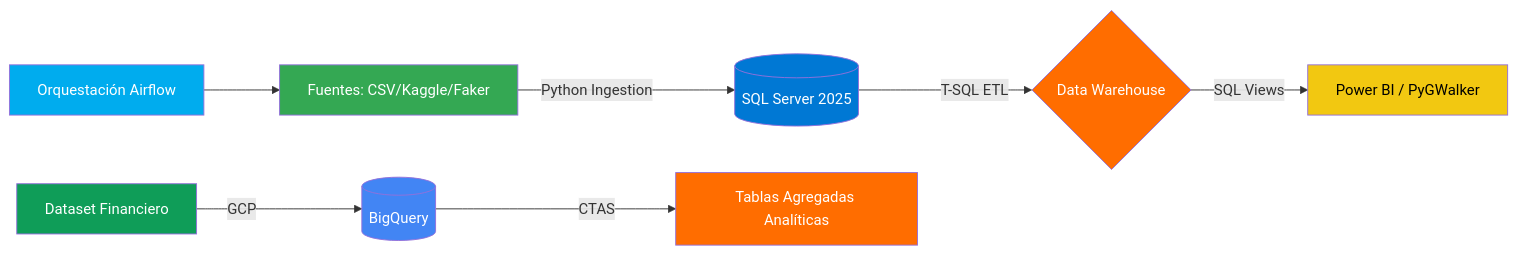
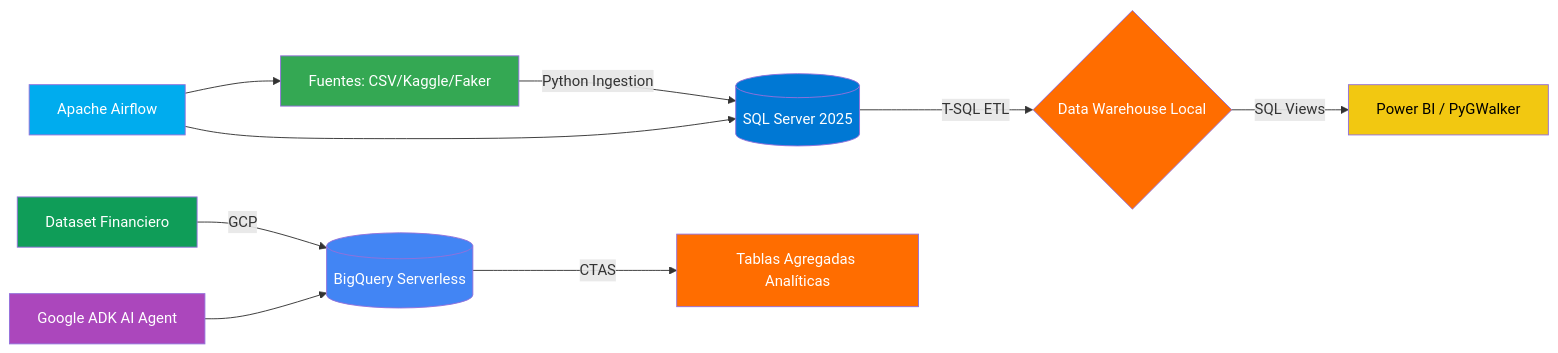
Before and after one commit to dzib/Portafolio-Alberto: the first of 2 diagrams in README.md, drawn with Mermaid. The commit also changed other lines of this file, not shown here.

Commit message:
docs(readme): aktualisaren ti diagrama ti arkitektura ken dagiti modulo agingga iti P7

````diff
--- a/README.md
+++ b/README.md
@@ -127,17 +128,20 @@
 ```mermaid
 graph LR
     A[Fuentes: CSV/Kaggle/Faker] -- Python Ingestion --> B[(SQL Server 2025)]
-    B -- T-SQL ETL --> C{Data Warehouse}
+    B -- T-SQL ETL --> C{Data Warehouse Local}
     C -- SQL Views --> D[Power BI / PyGWalker]
-    E[Dataset Financiero] -- GCP --> F[(BigQuery)]
+    E[Dataset Financiero] -- GCP --> F[(BigQuery Serverless)]
     F -- CTAS --> G[Tablas Agregadas Analíticas]
-    H[Orquestación Airflow] --> A
+    H[Apache Airflow] --> A
+    H --> B
+    I[Google ADK AI Agent] --> F
     style A fill:#34A853,color:#fff
     style B fill:#0078D4,color:#fff
     style C fill:#FF6D00,color:#fff
     style D fill:#F2C811,color:#000
     style E fill:#0f9d58,color:#fff
     style F fill:#4285f4,color:#fff
     style G fill:#FF6D00,color:#fff
     style H fill:#00acee,color:#fff
+    style I fill:#AB47BC,color:#fff
 ```
````
